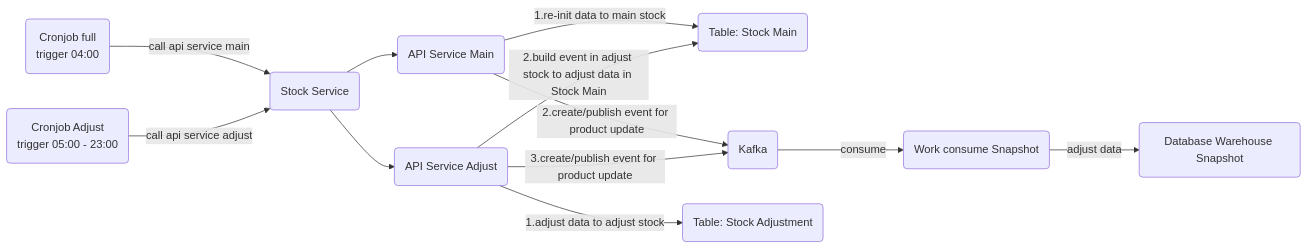
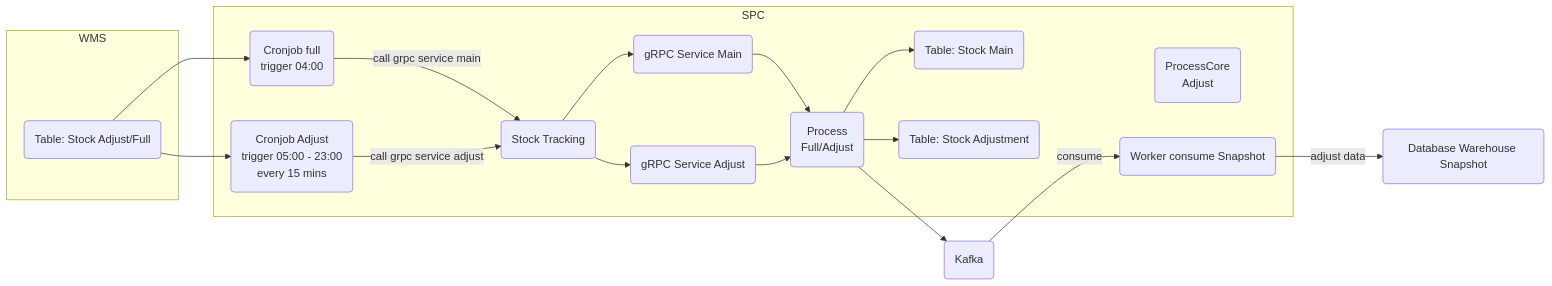
One commit to rosered11/org_document changed the second of 4 diagrams in SPC/Inventory/architecture.md. Above: the diagram before and after it, drawn with Mermaid. The commit also changed other lines of this file and 1 other file, not shown here.

````diff
--- a/SPC/Inventory/architecture.md
+++ b/SPC/Inventory/architecture.md
@@ -26,15 +27,39 @@
 ```mermaid
 graph LR
-StockSvc(Stock Service) --> ControllerMain(API Service Main)
-ControllerMain -- 1.re-init data to main stock --> StockMainDb(Table: Stock Main)
-ControllerMain -- 2.create/publish event for product update --> Kafka(Kafka)
-StockSvc(Stock Service) --> ControllerAdjust(API Service Adjust)
-ControllerAdjust -- 1.adjust data to adjust stock --> StockAdjustDb(Table: Stock Adjustment)
-ControllerAdjust -- 2.build event in adjust stock to adjust data in Stock Main --> StockMainDb
-ControllerAdjust -- 3.create/publish event for product update --> Kafka
 
-CronFull(Cronjob full<br>trigger 04:00) -- call api service main--> StockSvc
-CronAdjust(Cronjob Adjust<br>trigger 05:00 - 23:00) -- call api service adjust --> StockSvc
-Kafka -- consume --> Worker(Work consume Snapshot)
-Worker -- adjust data --> DatabaseSnap(Database Warehouse Snapshot)
+subgraph WMS
+StockWMSDb(Table: Stock Adjust/Full)
+end
+
+subgraph SPC
+StockMainSPCDb(Table: Stock Main)
+StockAdjustSPCDb(Table: Stock Adjustment)
+StockSvc(Stock Tracking)
+gRPCMain(gRPC Service Main)
+gRPCAdjust(gRPC Service Adjust)
+CronFull(Cronjob full<br>trigger 04:00)
+ProcessFullAdjust(Process<br>Full/Adjust)
+ProcessAdjust(ProcessCore<br>Adjust)
+CronAdjust(Cronjob Adjust<br>trigger 05:00 - 23:00<br>every 15 mins)
+Worker(Worker consume Snapshot)
+end
+
+Kafka(Kafka)
+DatabaseSnap(Database Warehouse Snapshot)
+
+StockWMSDb --> CronFull
+StockWMSDb --> CronAdjust
+StockSvc --> gRPCMain
+gRPCMain --> ProcessFullAdjust
+ProcessFullAdjust --> StockAdjustSPCDb
+ProcessFullAdjust --> StockMainSPCDb
+ProcessFullAdjust --> Kafka
+StockSvc --> gRPCAdjust
+gRPCAdjust --> ProcessFullAdjust
+
+
+CronFull -- call grpc service main--> StockSvc
+CronAdjust -- call grpc service adjust --> StockSvc
+Kafka -- consume --> Worker
+Worker -- adjust data --> DatabaseSnap
 ```
````
